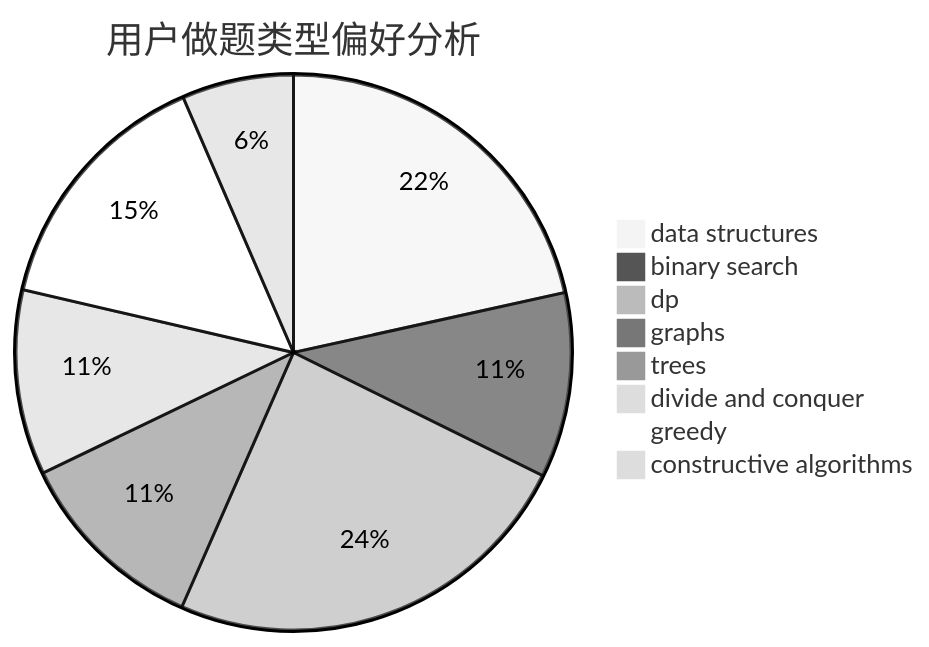
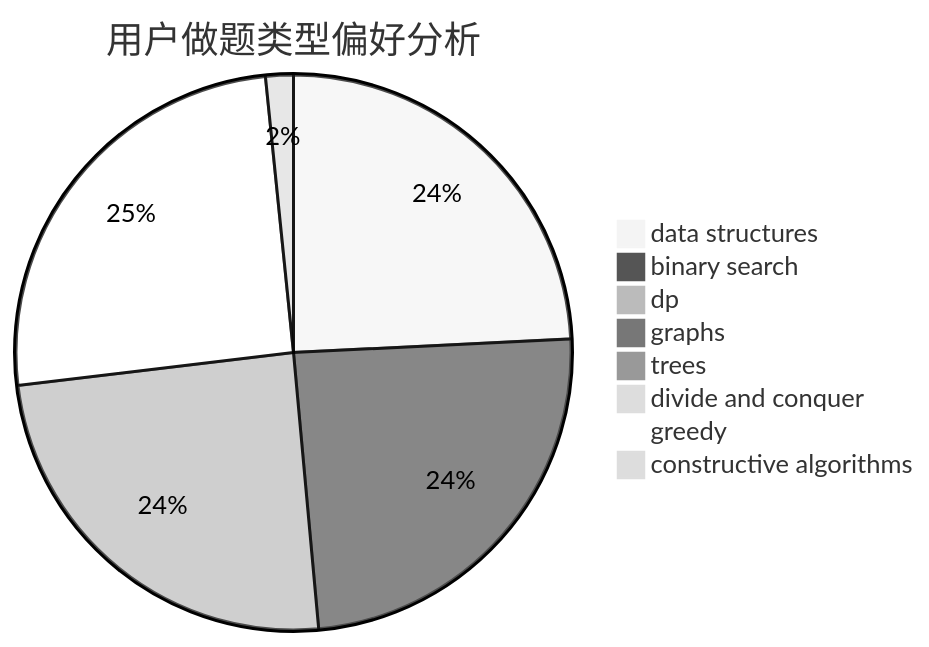
The second of 3 diagrams in docs/user/u425.md (sherpahu/cfrs.github.io), drawn with Mermaid (neutral theme) before and after one commit. The commit also changed other lines of this file and 2770 other files, not shown here.

````diff
--- a/docs/user/u425.md
+++ b/docs/user/u425.md
@@ -23,11 +23,11 @@
 ```mermaid
 pie title 用户做题类型偏好分析
-    "data structures" :  126
-    "binary search" :  63
-    "dp" :  142
-    "graphs" :  0
-    "trees" :  66
-    "divide and conquer" :  63
-    "greedy" :  87
-    "constructive algorithms" :  38
+    "data structures" :  435
+    "binary search" :  437
+    "dp" :  441
+    "graphs" :  18
+    "trees" :  9
+    "divide and conquer" :  0
+    "greedy" :  454
+    "constructive algorithms" :  29
 ```
````
